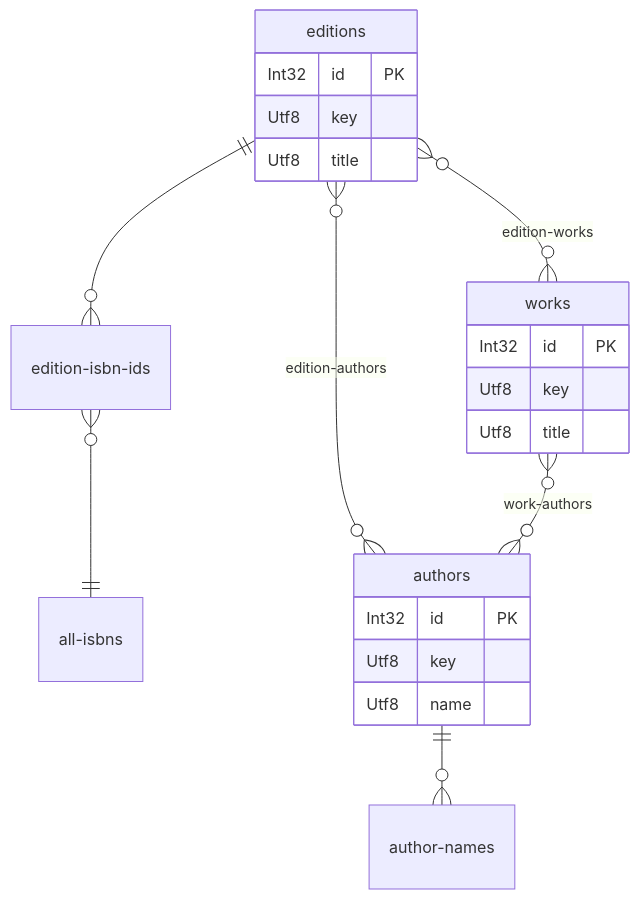
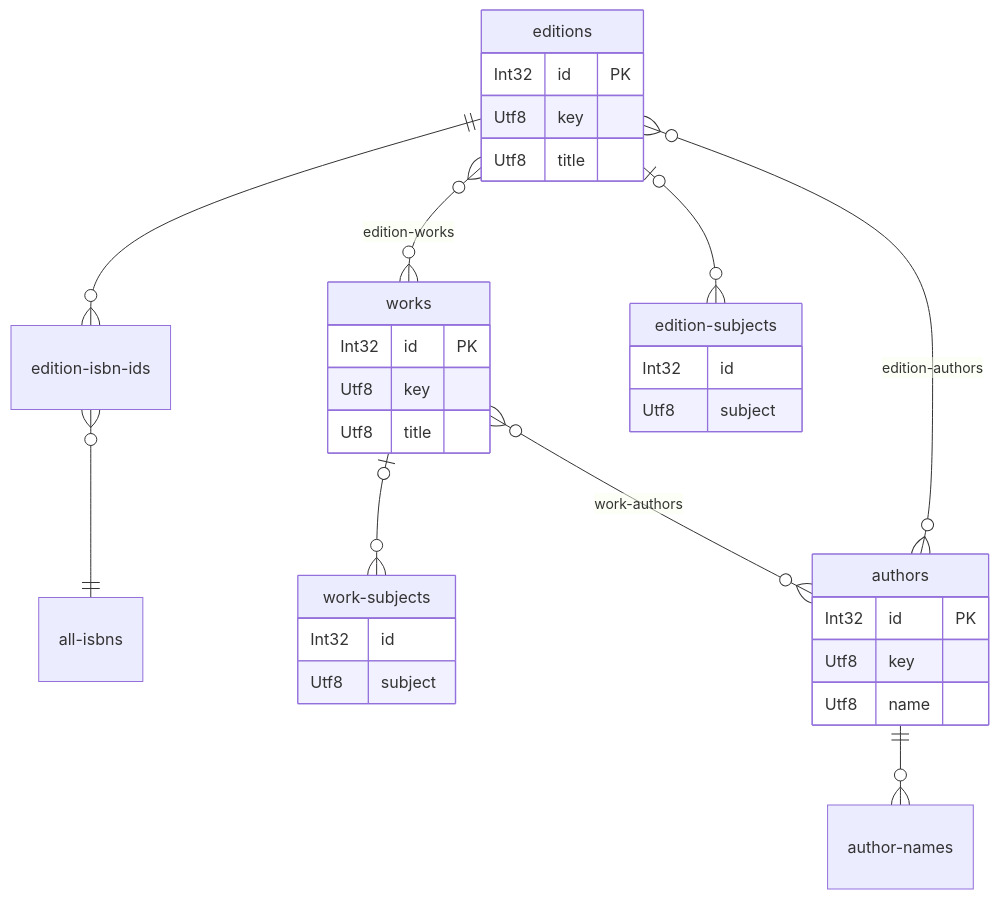
The diagram in docs/data/openlib.md (PIReTship/bookdata-tools), drawn with Mermaid before and after one commit. The commit also changed other lines of this file and 5 other files, not shown here.

````diff
--- a/docs/data/openlib.md
+++ b/docs/data/openlib.md
@@ -19,24 +19,34 @@
 ```{mermaid}
 erDiagram
     editions ||--o{ edition-isbn-ids : ""
     edition-isbn-ids }o--|| all-isbns : ""
     editions {
         Int32 id PK
         Utf8 key
         Utf8 title
     }
     editions }o--o{ works : "edition-works"
+    editions |o--o{ edition-subjects : ""
+    edition-subjects {
+        Int32 id
+        Utf8 subject
+    }
     works {
         Int32 id PK
         Utf8 key
         Utf8 title
+    }
+    works |o--o{ work-subjects : ""
+    work-subjects {
+        Int32 id
+        Utf8 subject
     }
     authors {
         Int32 id PK
         Utf8 key
         Utf8 name
     }
     authors ||--o{ author-names : ""
     editions }o--o{ authors : "edition-authors"
     works }o--o{ authors : "work-authors"
 ```
````
